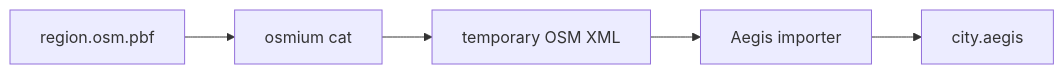
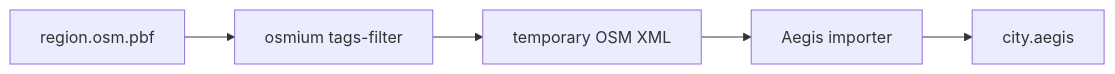
One commit to lasder-ca/aegis-acbs changed the second of 3 diagrams in docs/DATA.md. Above: the diagram before and after it, drawn with Mermaid. The commit also changed other lines of this file, not shown here.

````diff
--- a/docs/DATA.md
+++ b/docs/DATA.md
@@ -107,7 +107,7 @@
 ```mermaid
 flowchart LR
-    A[region.osm.pbf] --> B[osmium cat]
+    A[region.osm.pbf] --> B[osmium tags-filter]
     B --> C[temporary OSM XML]
     C --> D[Aegis importer]
     D --> E[city.aegis]
 ```
````
